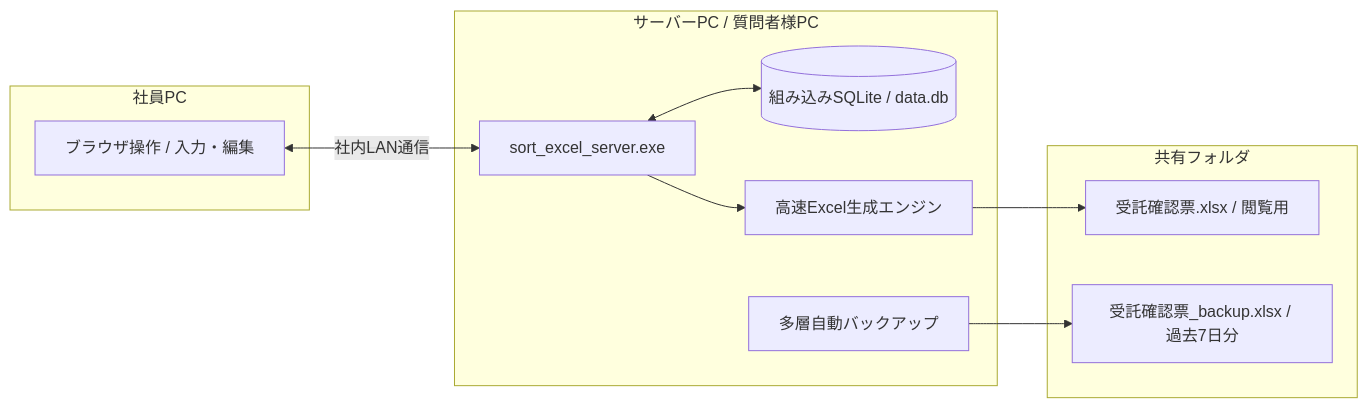
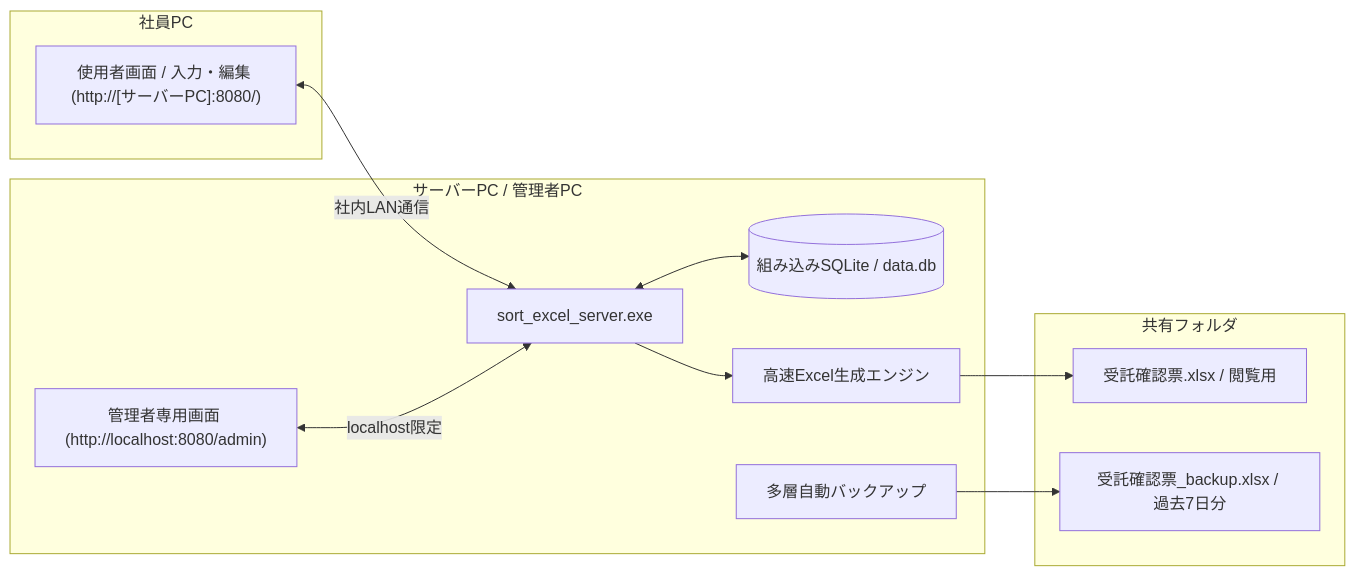
Before and after one commit to Altairu/sort_excel: the diagram in README_SERVER.md, drawn with Mermaid. The commit also changed other lines of this file and 10 other files, not shown here.

Commit message:
feat(server): separate user/admin UI, restrict admin to localhost, fix CORS, and add custom input fallback

````diff
--- a/README_SERVER.md
+++ b/README_SERVER.md
@@ -6,24 +6,26 @@
 ```mermaid
 flowchart LR
     subgraph 社員PC
-        Browser[ブラウザ操作 / 入力・編集]
+        UserBrowser["使用者画面 / 入力・編集 (http://[サーバーPC]:8080/)"]
     end
 
-    subgraph サーバーPC / 質問者様PC
+    subgraph サーバーPC / 管理者PC
+        AdminBrowser["管理者専用画面 (http://localhost:8080/admin)"]
         Exe[sort_excel_server.exe]
         DB[(組み込みSQLite / data.db)]
         Engine[高速Excel生成エンジン]
         Backup[多層自動バックアップ]
     end
 
     subgraph 共有フォルダ
         Latest[受託確認票.xlsx / 閲覧用]
         BackupFiles[受託確認票_backup.xlsx / 過去7日分]
     end
 
-    Browser <-->|社内LAN通信| Exe
+    UserBrowser <-->|社内LAN通信| Exe
+    AdminBrowser <-->|localhost限定| Exe
     Exe <--> DB
     Exe --> Engine
     Engine --> Latest
     Backup --> BackupFiles
 ```
````
